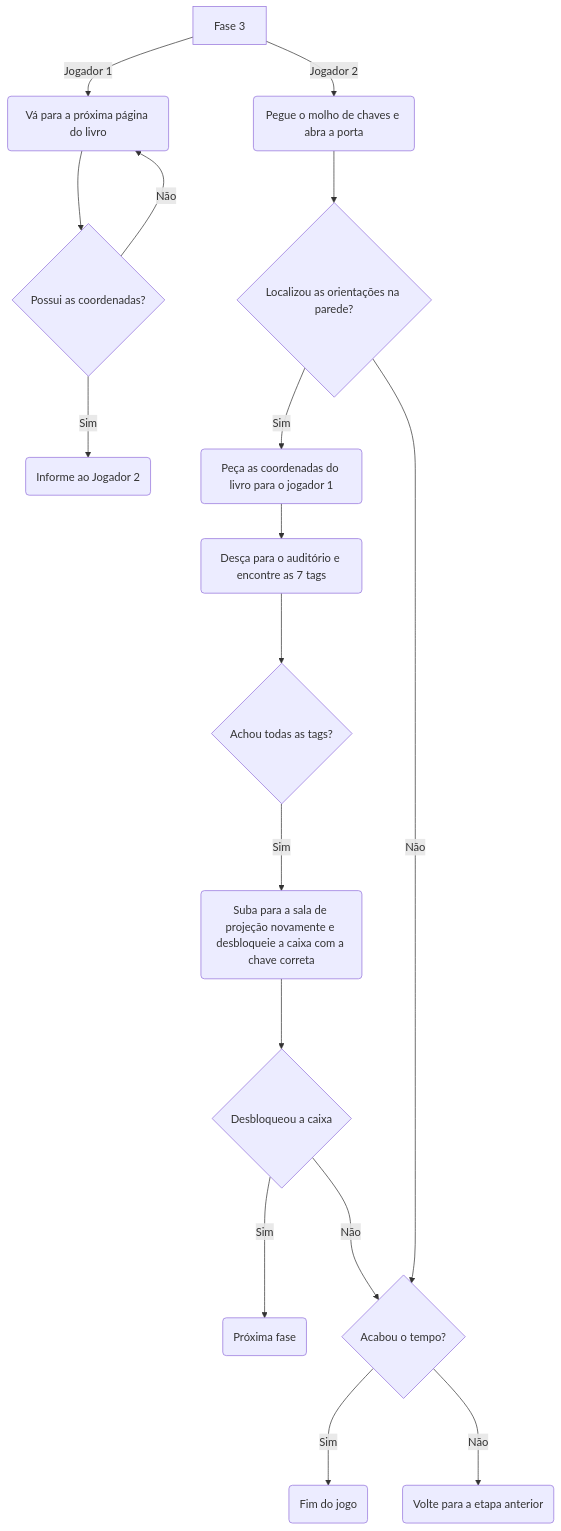
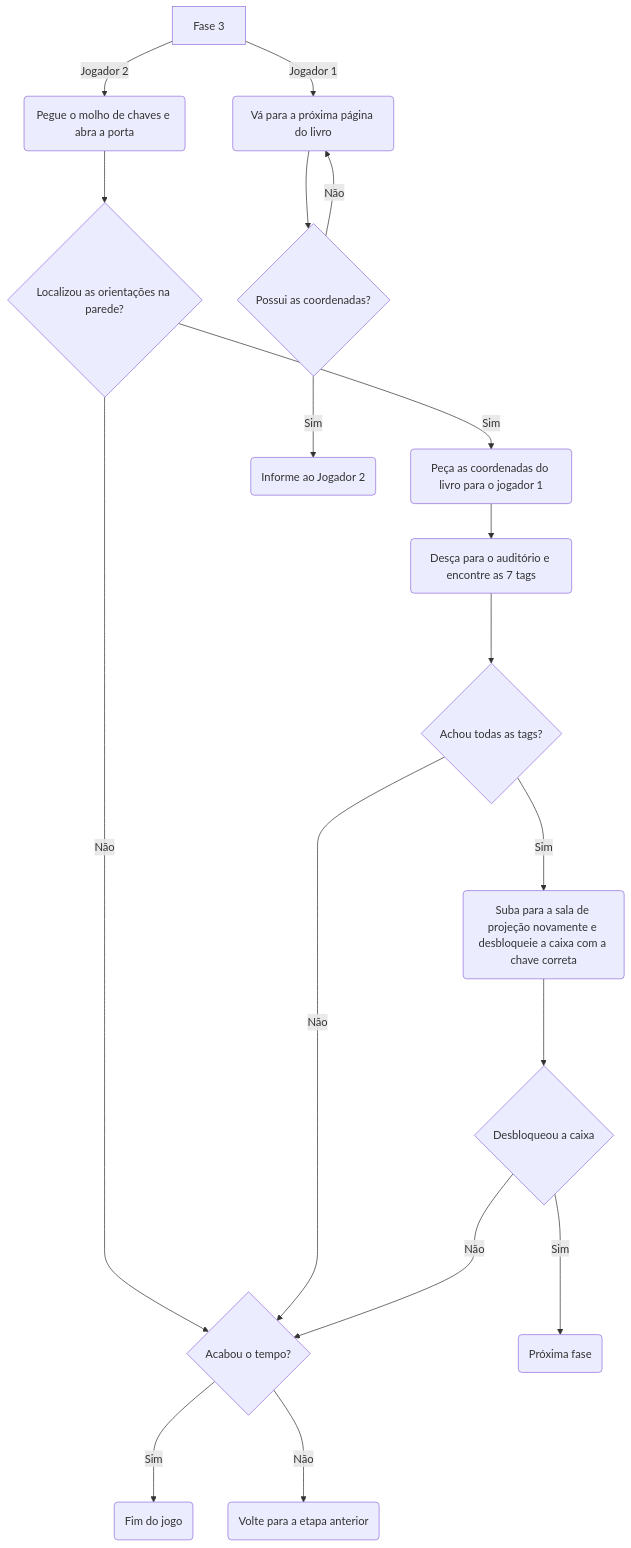
The fourth of 4 diagrams in README.md (DinamicCreative/EscapeRoom), drawn with Mermaid before and after one commit.

````diff
--- a/README.md
+++ b/README.md
@@ -110,25 +110,26 @@
 ```mermaid
 flowchart TD
   AA[Fase 3]
   AA --> |Jogador 1| BB(Vá para a próxima página do livro)
   AA --> |Jogador 2| CC(Pegue o molho de chaves e abra a porta)
   CC --> DD{Localizou as orientações na parede?}
  
  DD --> |Sim| LL(Peça as coordenadas do livro para o jogador 1)
 DD --> |Não| HH
 
 
  LL --> AAA(Desça para o auditório e encontre as 7 tags)
  AAA ---> BBB{Achou todas as tags?}
+ BBB ---> |Não| HH
  BBB ---> |Sim| CCC(Suba para a sala de projeção novamente e desbloqueie a caixa com a chave correta)
  CCC ---> DDD{Desbloqueou a caixa}
  DDD ---> |Sim| EEE(Próxima fase)
  DDD ---> |Não| HH
  HH{Acabou o tempo?} ---> |Sim| FF(Fim do jogo)
  HH ---> |Não| GG(Volte para a etapa anterior)
 
 BB --> RR{Possui as coordenadas?}
 RR -->  |Sim| SS(Informe ao Jogador 2)
 RR -->  |Não| BB
 
 ```
````
